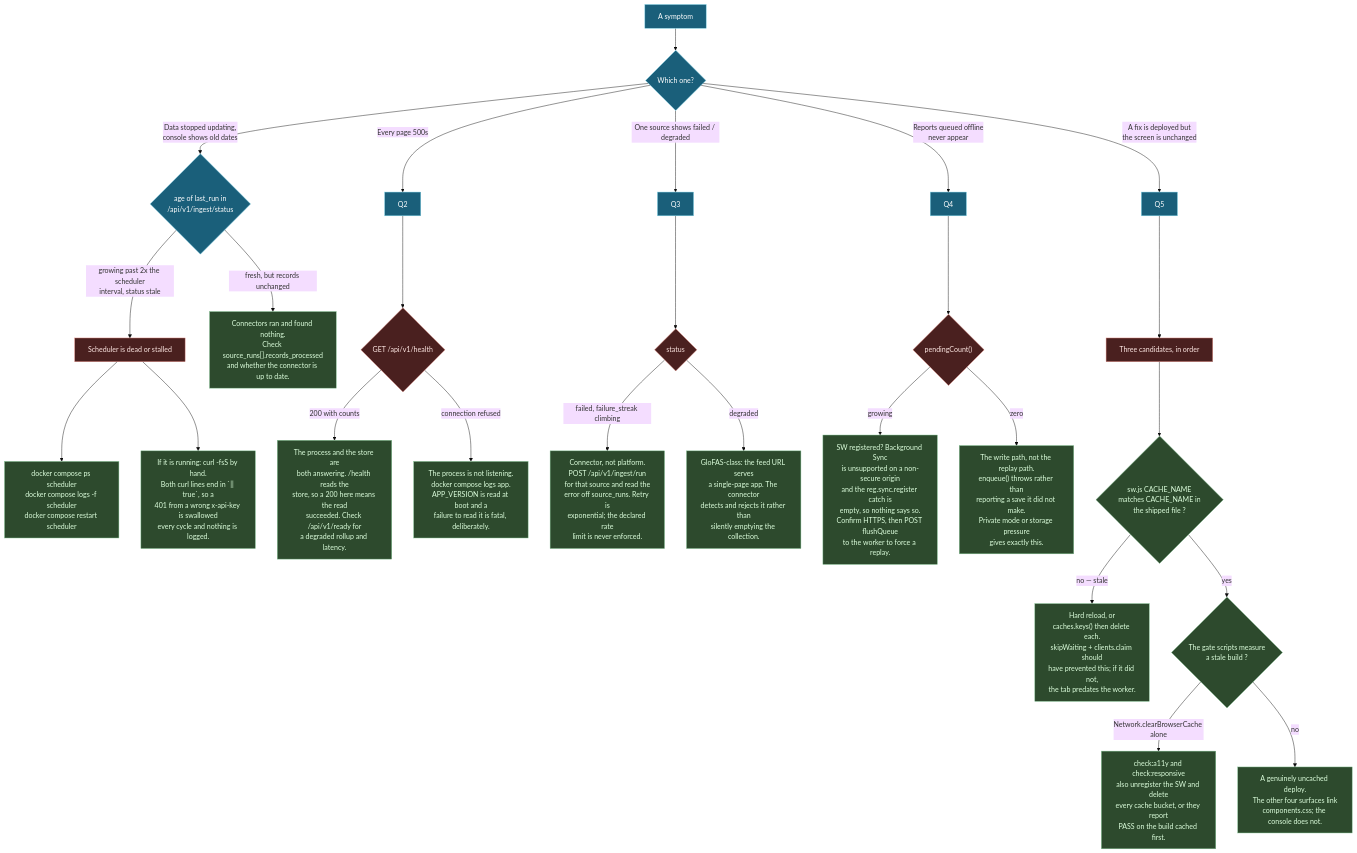
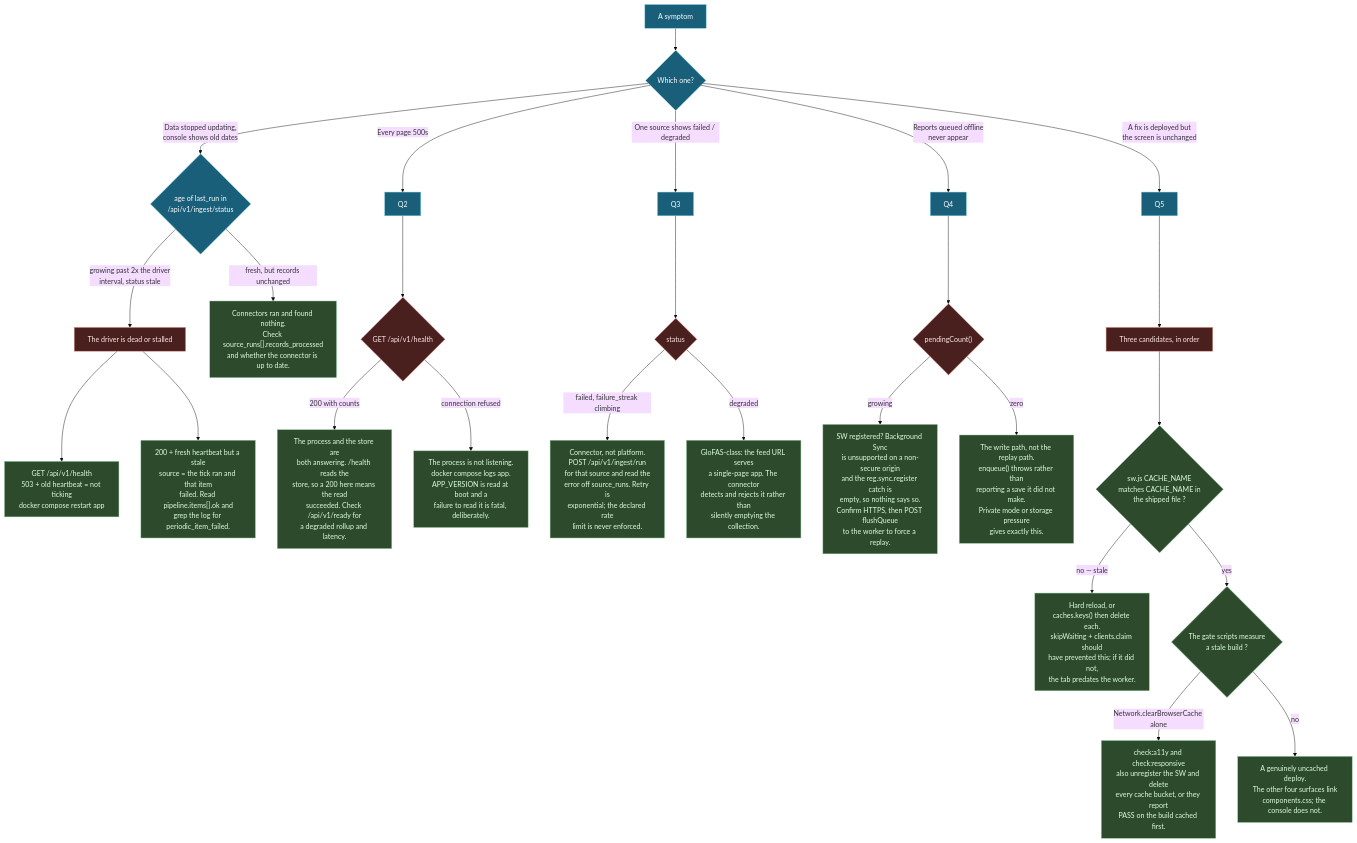
Before and after one commit to nyimbi/lindela-lite: the third of 3 diagrams in docs/architecture/deployment.md, drawn with Mermaid (base theme). The commit also changed other lines of this file and 3 other files, not shown here.

First line of the commit message:
docs: four files described a scheduler the app no longer has

````diff
--- a/docs/architecture/deployment.md
+++ b/docs/architecture/deployment.md
@@ -490,42 +492,42 @@
 ```mermaid
 flowchart TD
   S["A symptom"] --> Q0{"Which one?"}
 
   Q0 -->|"Data stopped updating,<br/>console shows old dates"| Q1{"age of last_run in<br/>/api/v1/ingest/status"}
   Q0 -->|"Every page 500s"| Q2
   Q0 -->|"One source shows failed / degraded"| Q3
   Q0 -->|"Reports queued offline<br/>never appear"| Q4
   Q0 -->|"A fix is deployed but<br/>the screen is unchanged"| Q5
 
-  Q1 -->|"growing past 2x the scheduler<br/>interval, status stale"| A1["Scheduler is dead or stalled"]
+  Q1 -->|"growing past 2x the driver<br/>interval, status stale"| A1["The driver is dead or stalled"]
   Q1 -->|"fresh, but records unchanged"| A1b["Connectors ran and found nothing.<br/>Check source_runs[].records_processed<br/>and whether the connector is up to date."]
 
-  A1 --> F1["docker compose ps scheduler<br/>docker compose logs -f scheduler<br/>docker compose restart scheduler"]
-  A1 --> F2["If it is running: curl -fsS by hand.<br/>Both curl lines end in `|| true`, so a<br/>401 from a wrong x-api-key is swallowed<br/>every cycle and nothing is logged."]
+  A1 --> F1["GET /api/v1/health<br/>503 + old heartbeat = not ticking<br/>docker compose restart app"]
+  A1 --> F2["200 + fresh heartbeat but a stale<br/>source = the tick ran and that item<br/>failed. Read pipeline.items[].ok and<br/>grep the log for periodic_item_failed."]
 
   Q2 --> A2{"GET /api/v1/health"}
   A2 -->|"200 with counts"| A2b["The process and the store are<br/>both answering. /health reads the<br/>store, so a 200 here means the read<br/>succeeded. Check /api/v1/ready for<br/>a degraded rollup and latency."]
   A2 -->|"connection refused"| A2c["The process is not listening.<br/>docker compose logs app.<br/>APP_VERSION is read at boot and a<br/>failure to read it is fatal, deliberately."]
 
   Q3 --> A3{"status"}
   A3 -->|"failed, failure_streak climbing"| A3b["Connector, not platform.<br/>POST /api/v1/ingest/run<br/>for that source and read the<br/>error off source_runs. Retry is<br/>exponential; the declared rate<br/>limit is never enforced."]
   A3 -->|"degraded"| A3c["GloFAS-class: the feed URL serves<br/>a single-page app. The connector<br/>detects and rejects it rather than<br/>silently emptying the collection."]
 
   Q4 --> A4{"pendingCount()"}
   A4 -->|"growing"| A4b["SW registered? Background Sync<br/>is unsupported on a non-secure origin<br/>and the reg.sync.register catch is<br/>empty, so nothing says so.<br/>Confirm HTTPS, then POST flushQueue<br/>to the worker to force a replay."]
   A4 -->|"zero"| A4c["The write path, not the replay path.<br/>enqueue() throws rather than<br/>reporting a save it did not make.<br/>Private mode or storage pressure<br/>gives exactly this."]
 
   Q5 --> A5["Three candidates, in order"]
   A5 --> B1{"sw.js CACHE_NAME<br/>matches CACHE_NAME in<br/>the shipped file ?"}
   B1 -->|"no — stale"| B2["Hard reload, or<br/>caches.keys() then delete each.<br/>skipWaiting + clients.claim should<br/>have prevented this; if it did not,<br/>the tab predates the worker."]
   B1 -->|"yes"| B3{"The gate scripts measure<br/>a stale build ?"}
   B3 -->|"Network.clearBrowserCache alone"| B4["check:a11y and check:responsive<br/>also unregister the SW and delete<br/>every cache bucket, or they report<br/>PASS on the build cached first."]
   B3 -->|"no"| B5["A genuinely uncached deploy.<br/>The other four surfaces link<br/>components.css; the console does not."]
 
   classDef dead fill:#4a201f,stroke:#e08a80,color:#ffe8e4
   classDef fix fill:#2d4a2d,stroke:#7fbf8f,color:#dfd
   classDef mid fill:#1a5f7a,stroke:#7fd4e8,color:#fff
   class Q0,Q1,Q2,Q3,Q4,Q5,S mid
   class A1,A2,A3,A4,A5 dead
   class F1,F2,A1b,A2b,A2c,A3b,A3c,A4b,A4c,B1,B2,B3,B4,B5 fix
 ```
````
